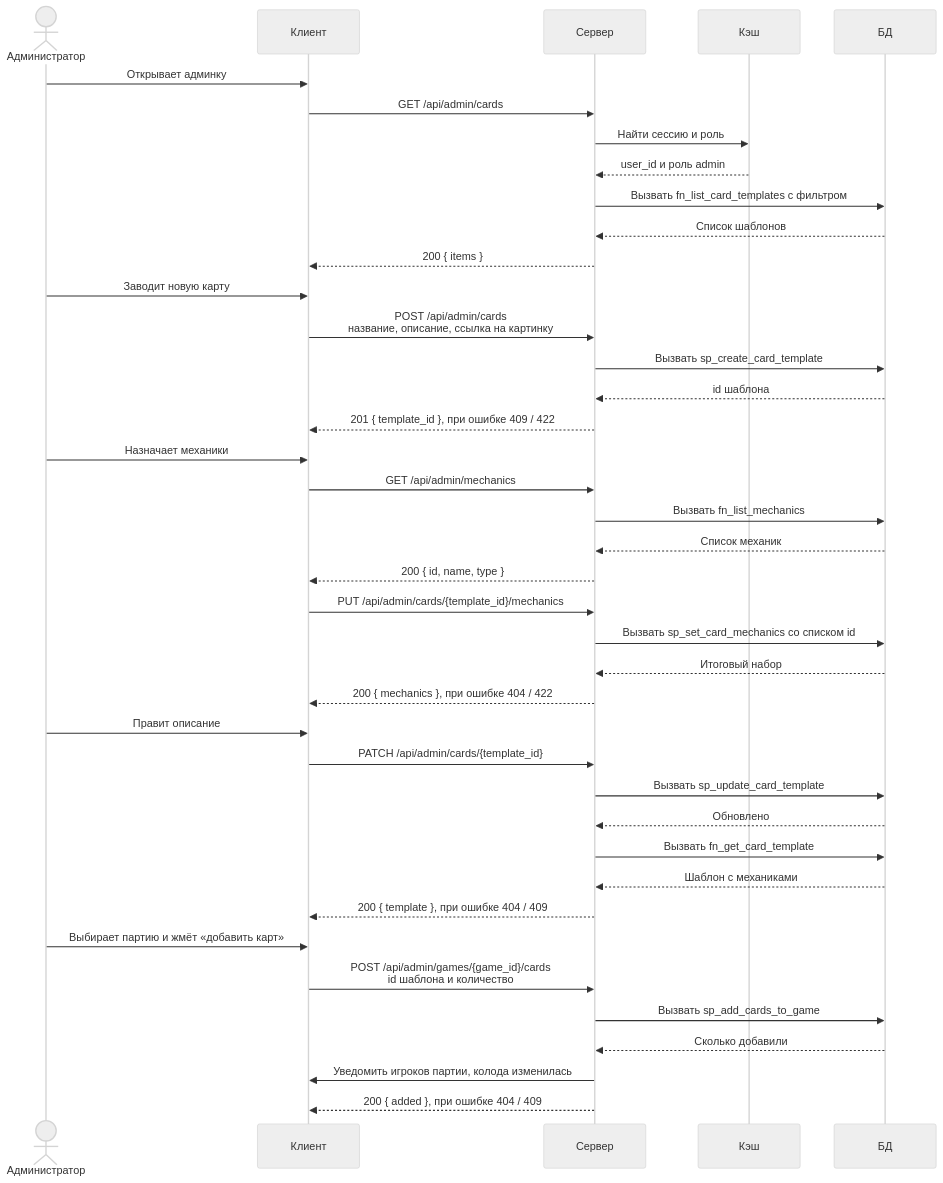
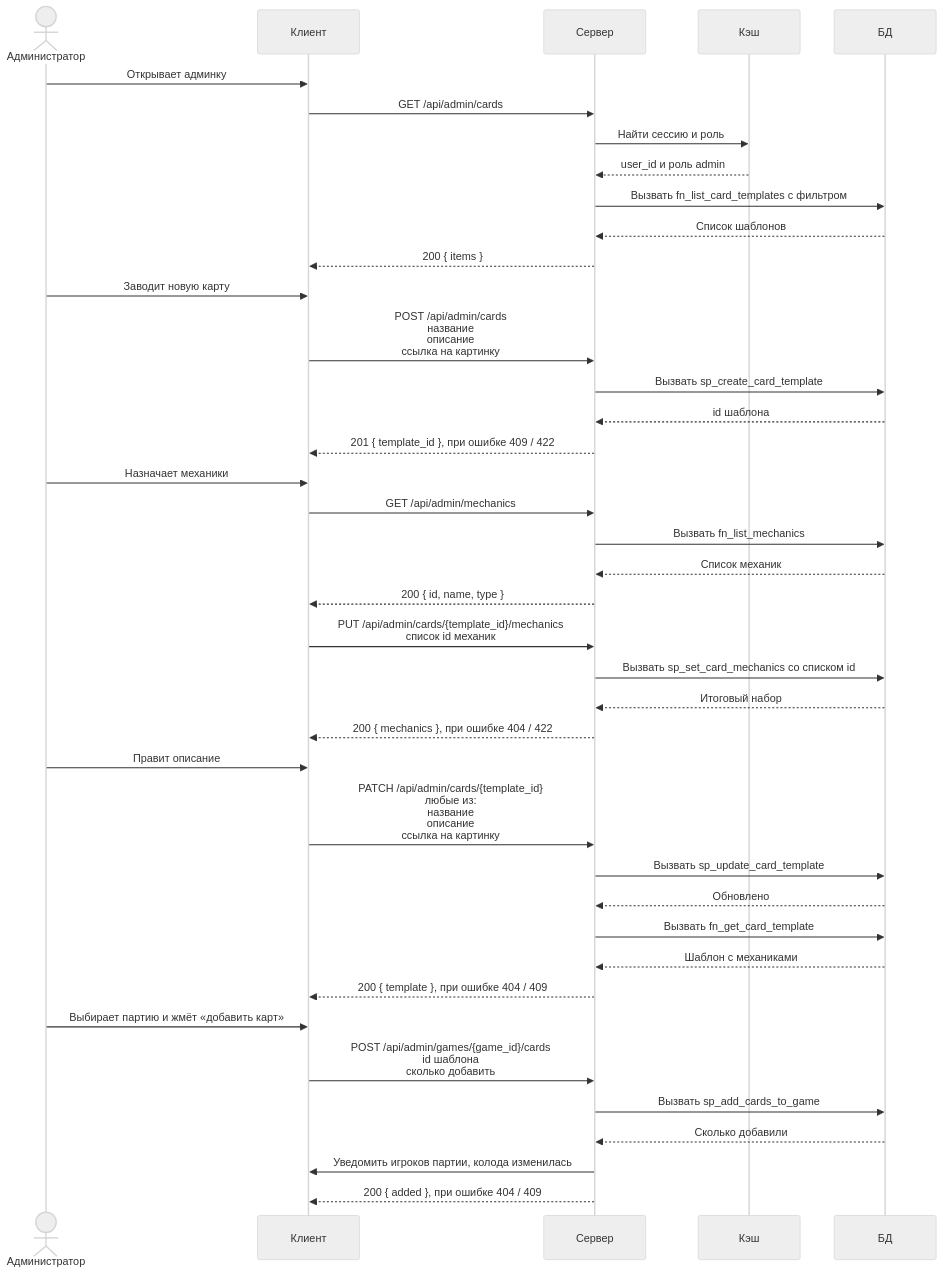
Before and after one commit to docup1/edin-game: the diagram in diagrams/admin.mmd, drawn with Mermaid (neutral theme). The commit also changed 3 other files, not shown here.

```diff
--- a/diagrams/admin.mmd
+++ b/diagrams/admin.mmd
@@ -1,65 +1,65 @@
 %% Админка: библиотека карт и наполнение колоды партии.
 %% Роль admin приходит из токена провайдера при входе и лежит в сессии.
 %% Общий ответ для всех эндпоинтов админки: 401 без сессии, 403 если роль не admin.
 sequenceDiagram
     actor A as Администратор
     participant C as Клиент
     participant S as Сервер
     participant K as Кэш
     participant D as БД
 
     A->>C: Открывает админку
     %% Фильтр search живёт в колонке Query таблицы в API.md, на стрелке его нет.
     C->>S: GET /api/admin/cards
     S->>K: Найти сессию и роль
     K-->>S: user_id и роль admin
     S->>D: Вызвать fn_list_card_templates с фильтром
     D-->>S: Список шаблонов
     S-->>C: 200 { items }
 
     A->>C: Заводит новую карту
-    C->>S: POST /api/admin/cards<br/>название, описание, ссылка на картинку
+    C->>S: POST /api/admin/cards<br/>название<br/>описание<br/>ссылка на картинку
     S->>D: Вызвать sp_create_card_template
     D-->>S: id шаблона
     S-->>C: 201 { template_id }, при ошибке 409 / 422
 
     A->>C: Назначает механики
     C->>S: GET /api/admin/mechanics
     S->>D: Вызвать fn_list_mechanics
     D-->>S: Список механик
     S-->>C: 200 { id, name, type }
-    C->>S: PUT /api/admin/cards/{template_id}/mechanics
+    C->>S: PUT /api/admin/cards/{template_id}/mechanics<br/>список id механик
     S->>D: Вызвать sp_set_card_mechanics со списком id
     D-->>S: Итоговый набор
     S-->>C: 200 { mechanics }, при ошибке 404 / 422
 
     A->>C: Правит описание
-    C->>S: PATCH /api/admin/cards/{template_id}
+    C->>S: PATCH /api/admin/cards/{template_id}<br/>любые из:<br/>название<br/>описание<br/>ссылка на картинку
     S->>D: Вызвать sp_update_card_template
     D-->>S: Обновлено
     S->>D: Вызвать fn_get_card_template
     D-->>S: Шаблон с механиками
     S-->>C: 200 { template }, при ошибке 404 / 409
 
     A->>C: Выбирает партию и жмёт «добавить карт»
-    C->>S: POST /api/admin/games/{game_id}/cards<br/>id шаблона и количество
+    C->>S: POST /api/admin/games/{game_id}/cards<br/>id шаблона<br/>сколько добавить
     S->>D: Вызвать sp_add_cards_to_game
     D-->>S: Сколько добавили
     S->>C: Уведомить игроков партии, колода изменилась
     S-->>C: 200 { added }, при ошибке 404 / 409
 
     %% Карта - это картинка, описание и набор механик. Хранится один раз в
     %% card_templates, экземпляры карт в партии ссылаются на неё.
     %% search - поиск по имени, описанию и названию механики, пустой - без
     %% фильтра. Страниц нет, список приходит целиком.
     %% Ссылка на картинку должна быть уникальной, иначе 409.
     %% Справочник из 20 механик зашит в базе, новые добавляются только миграцией,
     %% админ выбирает из существующих.
     %% Список механик заменяется целиком: лишние связи удаляются, недостающие
     %% добавляются.
     %% Наполнение колоды работает, только пока партия не началась. Создаётся нужное
     %% число строк в cards, каждая со своей id и ссылкой на шаблон.
     %% Проверка роли идёт в кэше, сама проверка в базе. Кэш можно потерять -
     %% админ просто войдёт заново.
     %% Удалять шаблоны нельзя: экземпляры карт ссылаются на шаблон с запретом
     %% удаления, поэтому правка шаблона видна во всех партиях, где он роздан.
```
